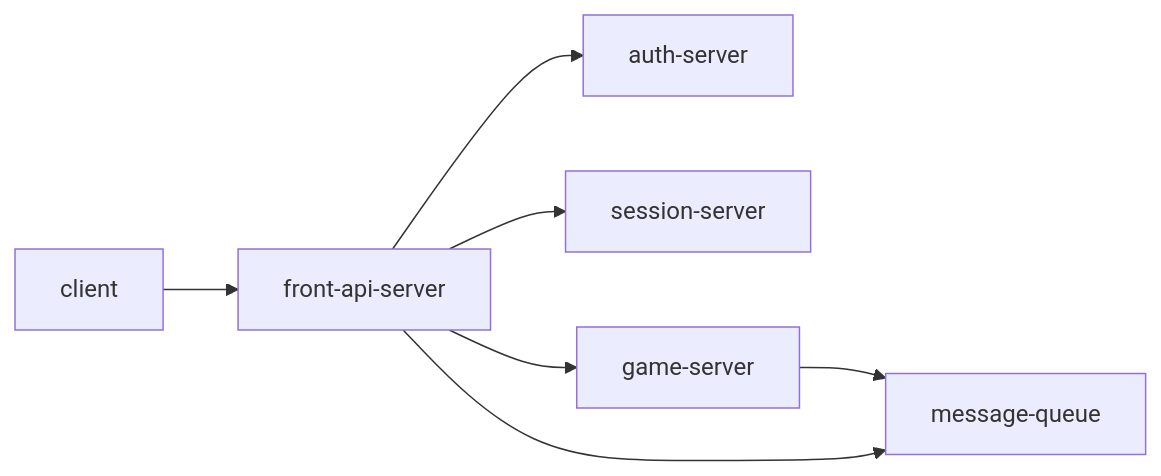
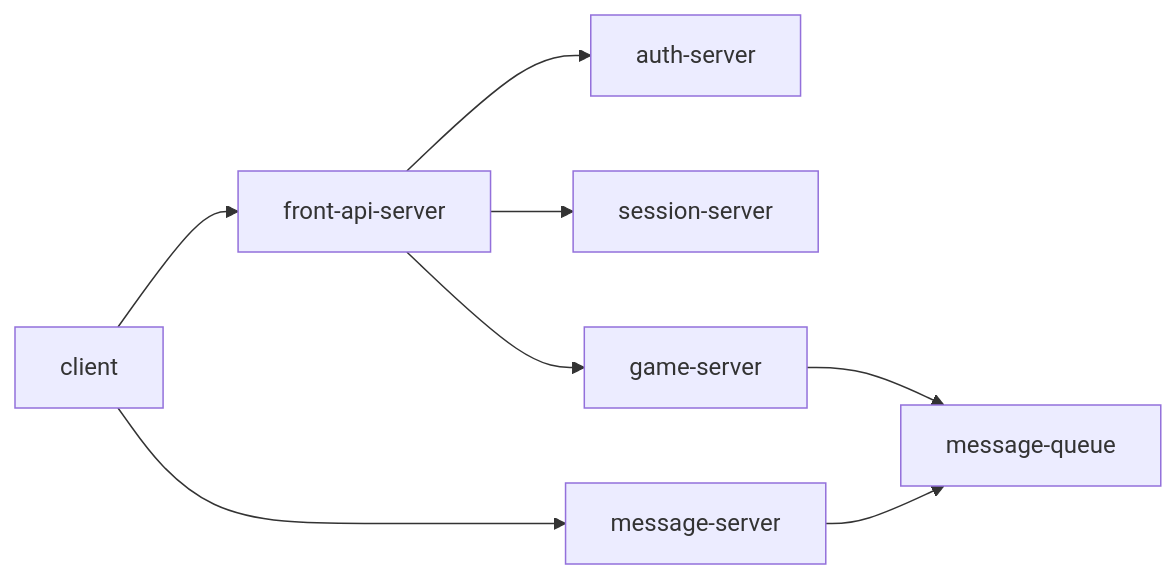
Before and after one commit to ch3224bin/mud-mk1: the diagram in README.md, drawn with Mermaid.

````diff
--- a/README.md
+++ b/README.md
@@ -5,9 +5,10 @@
 ```mermaid
 graph LR;
     client-->front-api-server;
     front-api-server-->auth-server;
     front-api-server-->session-server;
     front-api-server-->game-server;
     game-server-->message-queue;
-    front-api-server-->message-queue;
+    message-server-->message-queue;
+    client-->message-server
 ```
````
